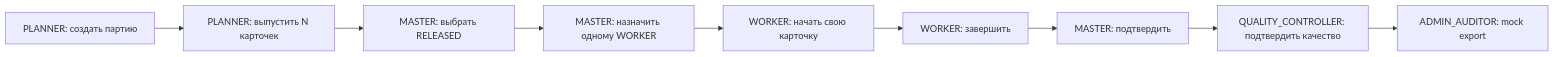
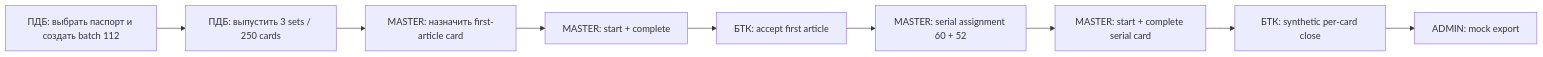
The first of 3 diagrams in WorkCard-Lifecycle/docs/ux/user-flows.md (AI-shoks/WorkCard-Lifecycle), drawn with Mermaid before and after one commit. The commit also changed other lines of this file and 29 other files, not shown here.

````diff
--- a/WorkCard-Lifecycle/docs/ux/user-flows.md
+++ b/WorkCard-Lifecycle/docs/ux/user-flows.md
@@ -17,11 +17,11 @@
 ```mermaid
 flowchart LR
-    P1["PLANNER: создать партию"] --> P2["PLANNER: выпустить N карточек"]
-    P2 --> M1["MASTER: выбрать RELEASED"]
-    M1 --> M2["MASTER: назначить одному WORKER"]
-    M2 --> W1["WORKER: начать свою карточку"]
-    W1 --> W2["WORKER: завершить"]
-    W2 --> M3["MASTER: подтвердить"]
-    M3 --> Q1["QUALITY_CONTROLLER: подтвердить качество"]
-    Q1 --> A1["ADMIN_AUDITOR: mock export"]
+    P1["ПДБ: выбрать паспорт и создать batch 112"] --> P2["ПДБ: выпустить 3 sets / 250 cards"]
+    P2 --> M1["MASTER: назначить first-article card"]
+    M1 --> M2["MASTER: start + complete"]
+    M2 --> Q1["БТК: accept first article"]
+    Q1 --> M3["MASTER: serial assignment 60 + 52"]
+    M3 --> M4["MASTER: start + complete serial card"]
+    M4 --> Q2["БТК: synthetic per-card close"]
+    Q2 --> A1["ADMIN: mock export"]
 ```
````
